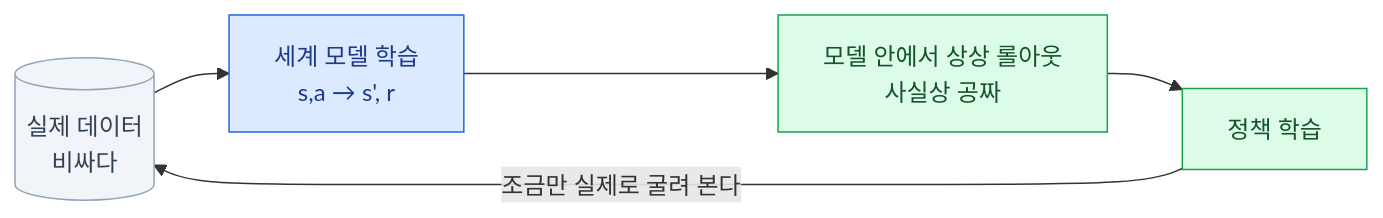
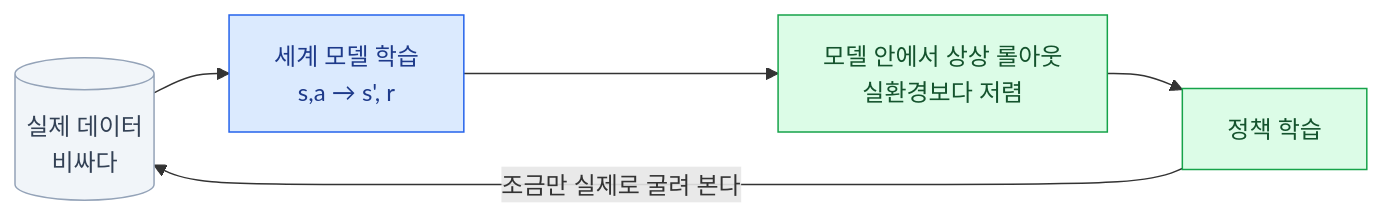
One commit to mechurak/study-starlight changed the second of 2 diagrams in src/content/docs/rl/07-offline-model.mdx. Above: the diagram before and after it, drawn with Mermaid. The commit also changed other lines of this file and 21 other files, not shown here.

````diff
--- a/src/content/docs/rl/07-offline-model.mdx
+++ b/src/content/docs/rl/07-offline-model.mdx
@@ -136,14 +140,14 @@
 ```mermaid
 flowchart LR
     D[("실제 데이터<br/>비싸다")] --> M["세계 모델 학습<br/>s,a → s', r"]
-    M --> I["모델 안에서 상상 롤아웃<br/>사실상 공짜"]
+    M --> I["모델 안에서 상상 롤아웃<br/>실환경보다 저렴"]
     I --> P["정책 학습"]
     P -->|"조금만 실제로 굴려 본다"| D
 
     classDef ok   fill:#dcfce7,stroke:#16a34a,color:#14532d
     classDef key  fill:#dbeafe,stroke:#2563eb,color:#1e3a8a
     classDef mute fill:#f1f5f9,stroke:#94a3b8,color:#334155
     class D mute
     class M key
     class I,P ok
 ```
````
